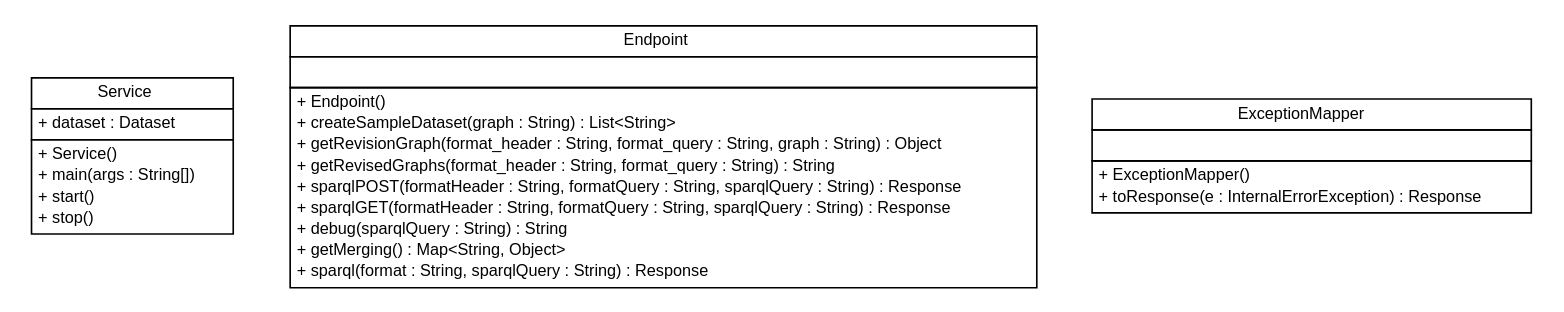
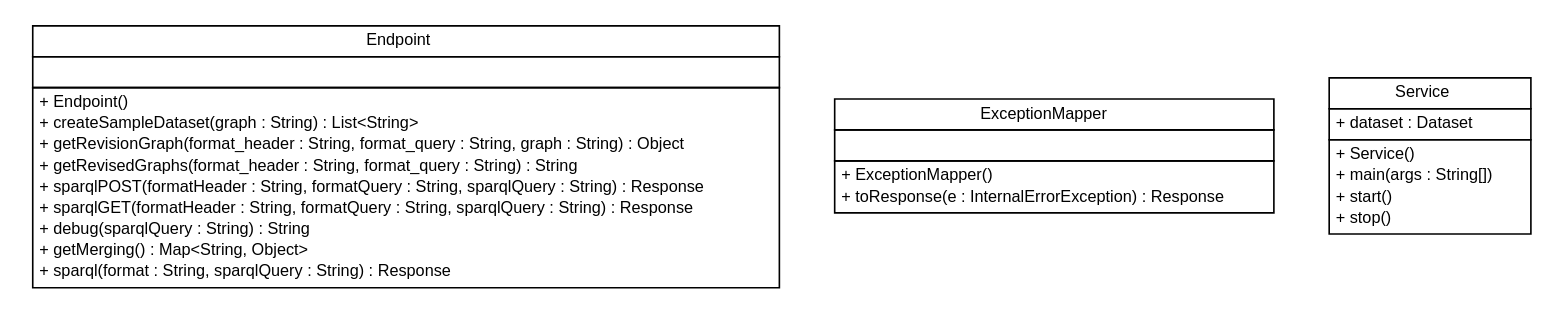
Before and after one commit to markusgraube/r43ples: the diagram in site/apidocs/de/tud/plt/r43ples/webservice/de.tud.plt.r43ples.webservice.dot, drawn with Graphviz. The commit also changed 241 other files, not shown here.

```diff
--- a/site/apidocs/de/tud/plt/r43ples/webservice/de.tud.plt.r43ples.webservice.dot
+++ b/site/apidocs/de/tud/plt/r43ples/webservice/de.tud.plt.r43ples.webservice.dot
@@ -1,60 +1,60 @@
 #!/usr/local/bin/dot
 #
 # Class diagram 
 # Generated by UMLGraph version R5_6-24-gf6e263 (http://www.umlgraph.org/)
 #
 
 digraph G {
 	edge [fontname="Helvetica",fontsize=10,labelfontname="Helvetica",labelfontsize=10];
 	node [fontname="Helvetica",fontsize=10,shape=plaintext];
 	nodesep=0.25;
 	ranksep=0.5;
-	// de.tud.plt.r43ples.webservice.Service
-	c138 [label=<<table title="de.tud.plt.r43ples.webservice.Service" border="0" cellborder="1" cellspacing="0" cellpadding="2" port="p" href="./Service.html">
-		<tr><td><table border="0" cellspacing="0" cellpadding="1">
-<tr><td align="center" balign="center"> Service </td></tr>
-		</table></td></tr>
-		<tr><td><table border="0" cellspacing="0" cellpadding="1">
-<tr><td align="left" balign="left"> + dataset : Dataset </td></tr>
-		</table></td></tr>
-		<tr><td><table border="0" cellspacing="0" cellpadding="1">
-<tr><td align="left" balign="left"> + Service() </td></tr>
-<tr><td align="left" balign="left"> + main(args : String[]) </td></tr>
-<tr><td align="left" balign="left"> + start() </td></tr>
-<tr><td align="left" balign="left"> + stop() </td></tr>
-		</table></td></tr>
-		</table>>, URL="./Service.html", fontname="Helvetica", fontcolor="black", fontsize=10.0];
 	// de.tud.plt.r43ples.webservice.Endpoint
-	c139 [label=<<table title="de.tud.plt.r43ples.webservice.Endpoint" border="0" cellborder="1" cellspacing="0" cellpadding="2" port="p" href="./Endpoint.html">
+	c0 [label=<<table title="de.tud.plt.r43ples.webservice.Endpoint" border="0" cellborder="1" cellspacing="0" cellpadding="2" port="p" href="./Endpoint.html">
 		<tr><td><table border="0" cellspacing="0" cellpadding="1">
 <tr><td align="center" balign="center"> Endpoint </td></tr>
 		</table></td></tr>
 		<tr><td><table border="0" cellspacing="0" cellpadding="1">
 <tr><td align="left" balign="left">  </td></tr>
 		</table></td></tr>
 		<tr><td><table border="0" cellspacing="0" cellpadding="1">
 <tr><td align="left" balign="left"> + Endpoint() </td></tr>
 <tr><td align="left" balign="left"> + createSampleDataset(graph : String) : List&lt;String&gt; </td></tr>
 <tr><td align="left" balign="left"> + getRevisionGraph(format_header : String, format_query : String, graph : String) : Object </td></tr>
 <tr><td align="left" balign="left"> + getRevisedGraphs(format_header : String, format_query : String) : String </td></tr>
 <tr><td align="left" balign="left"> + sparqlPOST(formatHeader : String, formatQuery : String, sparqlQuery : String) : Response </td></tr>
 <tr><td align="left" balign="left"> + sparqlGET(formatHeader : String, formatQuery : String, sparqlQuery : String) : Response </td></tr>
 <tr><td align="left" balign="left"> + debug(sparqlQuery : String) : String </td></tr>
 <tr><td align="left" balign="left"> + getMerging() : Map&lt;String, Object&gt; </td></tr>
 <tr><td align="left" balign="left"> + sparql(format : String, sparqlQuery : String) : Response </td></tr>
 		</table></td></tr>
 		</table>>, URL="./Endpoint.html", fontname="Helvetica", fontcolor="black", fontsize=10.0];
 	// de.tud.plt.r43ples.webservice.ExceptionMapper
-	c140 [label=<<table title="de.tud.plt.r43ples.webservice.ExceptionMapper" border="0" cellborder="1" cellspacing="0" cellpadding="2" port="p" href="./ExceptionMapper.html">
+	c1 [label=<<table title="de.tud.plt.r43ples.webservice.ExceptionMapper" border="0" cellborder="1" cellspacing="0" cellpadding="2" port="p" href="./ExceptionMapper.html">
 		<tr><td><table border="0" cellspacing="0" cellpadding="1">
 <tr><td align="center" balign="center"> ExceptionMapper </td></tr>
 		</table></td></tr>
 		<tr><td><table border="0" cellspacing="0" cellpadding="1">
 <tr><td align="left" balign="left">  </td></tr>
 		</table></td></tr>
 		<tr><td><table border="0" cellspacing="0" cellpadding="1">
 <tr><td align="left" balign="left"> + ExceptionMapper() </td></tr>
 <tr><td align="left" balign="left"> + toResponse(e : InternalErrorException) : Response </td></tr>
 		</table></td></tr>
 		</table>>, URL="./ExceptionMapper.html", fontname="Helvetica", fontcolor="black", fontsize=10.0];
+	// de.tud.plt.r43ples.webservice.Service
+	c2 [label=<<table title="de.tud.plt.r43ples.webservice.Service" border="0" cellborder="1" cellspacing="0" cellpadding="2" port="p" href="./Service.html">
+		<tr><td><table border="0" cellspacing="0" cellpadding="1">
+<tr><td align="center" balign="center"> Service </td></tr>
+		</table></td></tr>
+		<tr><td><table border="0" cellspacing="0" cellpadding="1">
+<tr><td align="left" balign="left"> + dataset : Dataset </td></tr>
+		</table></td></tr>
+		<tr><td><table border="0" cellspacing="0" cellpadding="1">
+<tr><td align="left" balign="left"> + Service() </td></tr>
+<tr><td align="left" balign="left"> + main(args : String[]) </td></tr>
+<tr><td align="left" balign="left"> + start() </td></tr>
+<tr><td align="left" balign="left"> + stop() </td></tr>
+		</table></td></tr>
+		</table>>, URL="./Service.html", fontname="Helvetica", fontcolor="black", fontsize=10.0];
 }
```
